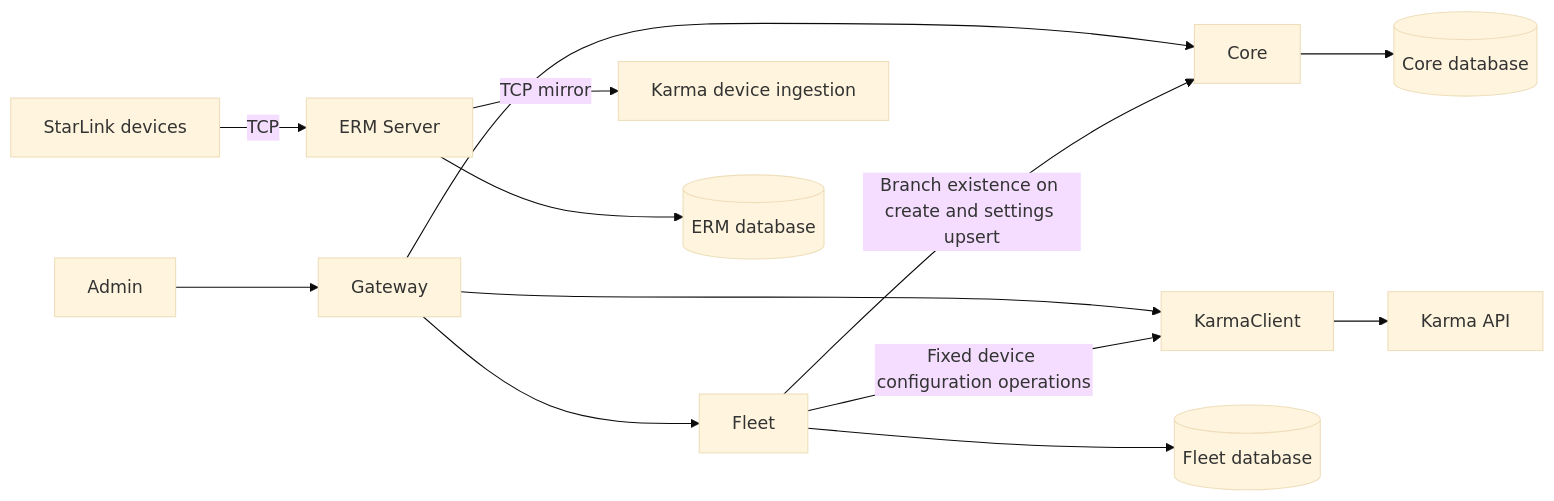
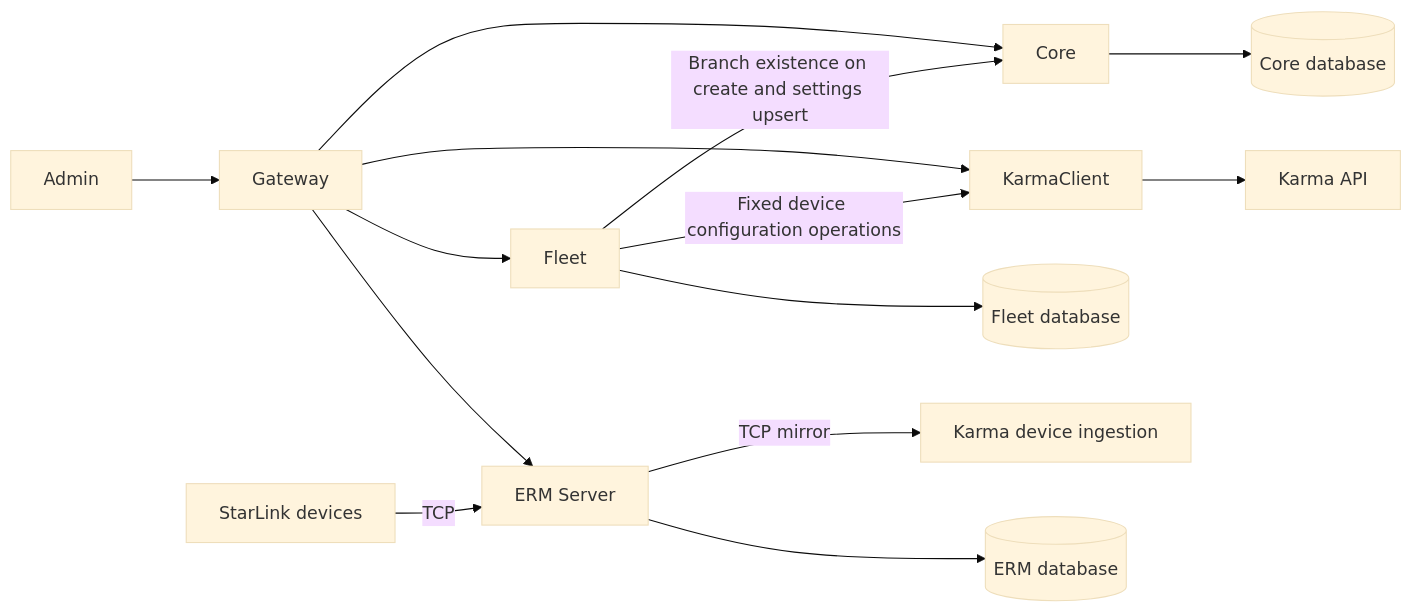
The diagram in docs/architecture/overview.md (agavazov/holita), drawn with Mermaid (base theme) before and after one commit. The commit also changed other lines of this file and 49 other files, not shown here.

Commit message:
feat(erm-server): expose telemetry in GraphQL and admin

````diff
--- a/docs/architecture/overview.md
+++ b/docs/architecture/overview.md
@@ -64,15 +64,16 @@
 ```mermaid
 flowchart LR
   Admin --> Gateway
   Gateway --> Core
   Gateway --> Fleet
   Gateway --> KarmaClient
+  Gateway --> ERMServer
   KarmaClient --> KarmaAPI[Karma API]
   Fleet -->|Fixed device configuration operations| KarmaClient
   Core --> CoreDB[(Core database)]
   Fleet --> FleetDB[(Fleet database)]
   Fleet -->|Branch existence on create and settings upsert| Core
   Devices[StarLink devices] -->|TCP| ERMServer[ERM Server]
   ERMServer -->|TCP mirror| KarmaIngestion[Karma device ingestion]
   ERMServer --> ERMDB[(ERM database)]
 ```
````
